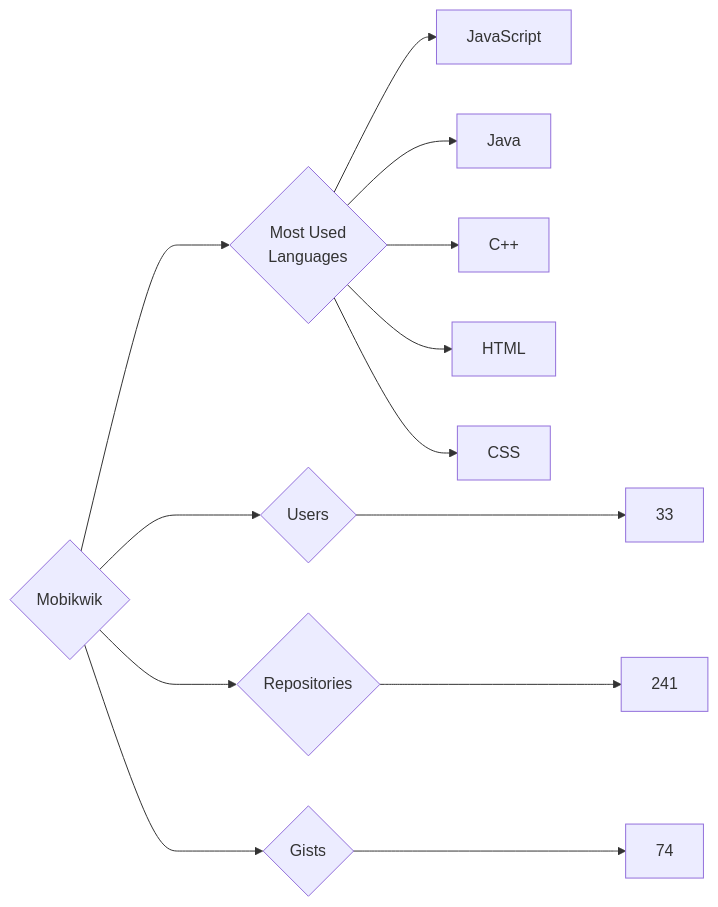
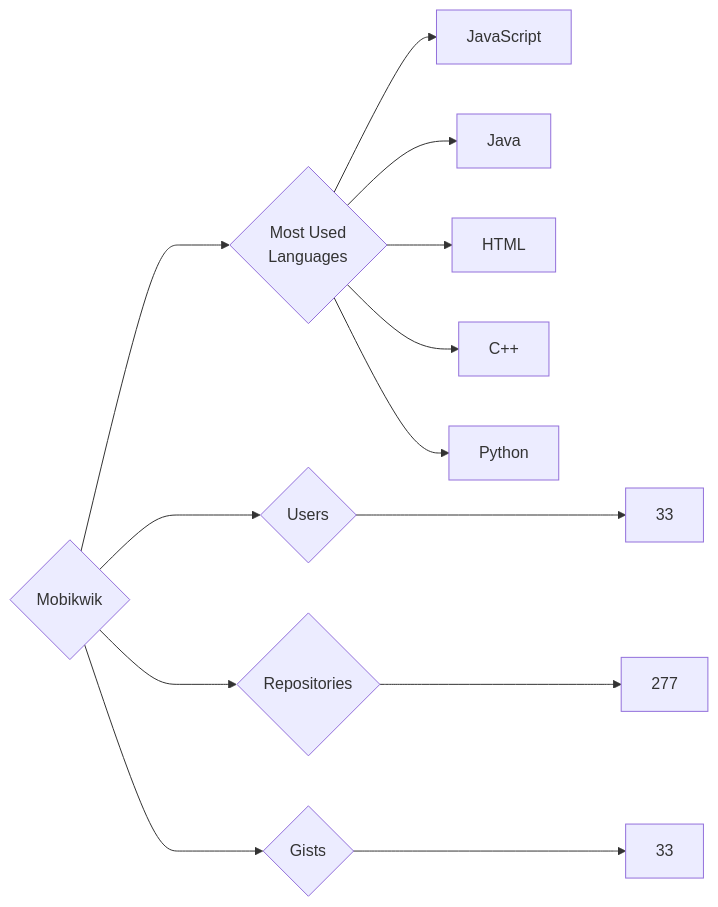
Before and after one commit to trickest/insiders: the diagram in targets/Mobikwik/README.md, drawn with Mermaid. The commit also changed 1011 other files, not shown here.

````diff
--- a/targets/Mobikwik/README.md
+++ b/targets/Mobikwik/README.md
@@ -3,13 +3,13 @@
 ```mermaid
 graph LR
 COMPANY_NAME{Mobikwik}
 COMPANY_NAME ---> U{Users} ---> UN[33]
-COMPANY_NAME ---> R{Repositories} ---> RN[241]
-COMPANY_NAME ---> G{Gists} ---> GN[74]
+COMPANY_NAME ---> R{Repositories} ---> RN[277]
+COMPANY_NAME ---> G{Gists} ---> GN[33]
 COMPANY_NAME ---> ML{Most Used<br>Languages}
 ML --> JavaScript[JavaScript]
 ML --> Java[Java]
+ML --> HTML[HTML]
 ML --> C++[C++]
-ML --> HTML[HTML]
-ML --> CSS[CSS]
+ML --> Python[Python]
 ```
````
